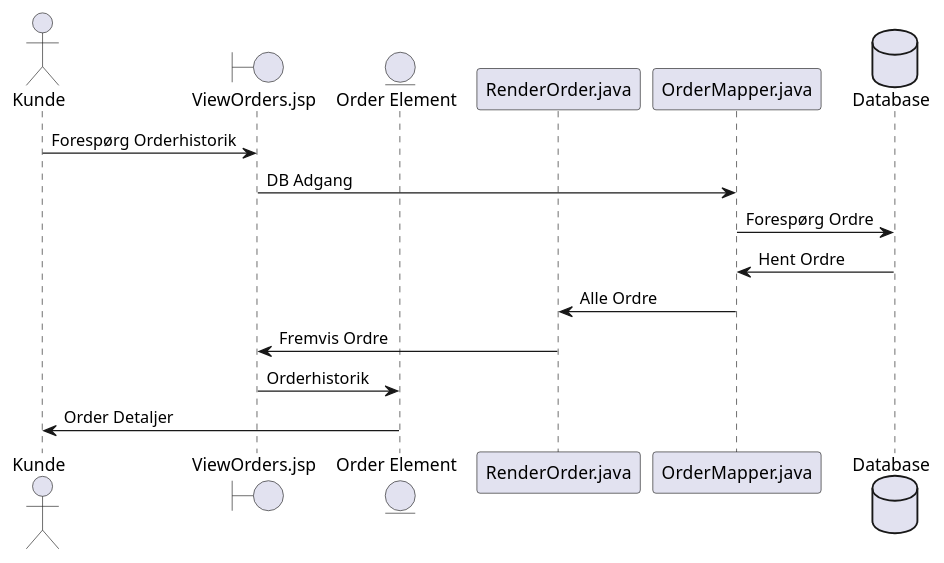
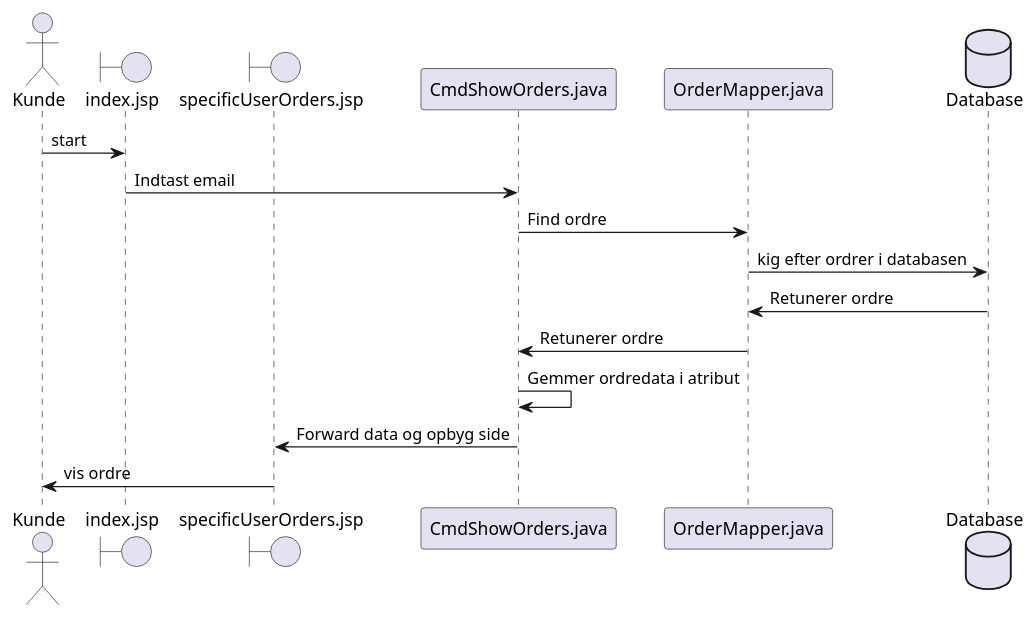
The diagram in src/main/java/UML/SequenceDiagram_ViewOrder.puml (NikolajX4000/Sem2Exam), drawn with PlantUML before and after one commit.

Commit message:
vieworder updated

```diff
--- a/src/main/java/UML/SequenceDiagram_ViewOrder.puml
+++ b/src/main/java/UML/SequenceDiagram_ViewOrder.puml
@@ -1,19 +1,27 @@
 @startuml
 
 actor Kunde
-boundary "ViewOrders.jsp" as Orders
-entity "Order Element" as OE
-participant "RenderOrder.java" as RO
+
+boundary "index.jsp" as index
+
+boundary "specificUserOrders.jsp" as suo
+
+participant "CmdShowOrders.java" as cmd
+
 participant "OrderMapper.java" as OM
+
 database "Database" as DB
 
-Kunde -> Orders : Forespørg Orderhistorik
-Orders -> OM : DB Adgang
-OM -> DB : Forespørg Ordre
-DB -> OM : Hent Ordre
-OM -> RO : Alle Ordre
-RO -> Orders : Fremvis Ordre
-Orders -> OE : Orderhistorik
-OE -> Kunde : Order Detaljer
+
+Kunde -> index : start
+index -> cmd : Indtast email
+cmd -> OM : Find ordre
+OM -> DB : kig efter ordrer i databasen
+DB -> OM : Retunerer ordre
+OM -> cmd : Retunerer ordre
+cmd -> cmd : Gemmer ordredata i atribut
+cmd -> suo : Forward data og opbyg side
+suo -> Kunde : vis ordre
+
 
 @enduml
```
